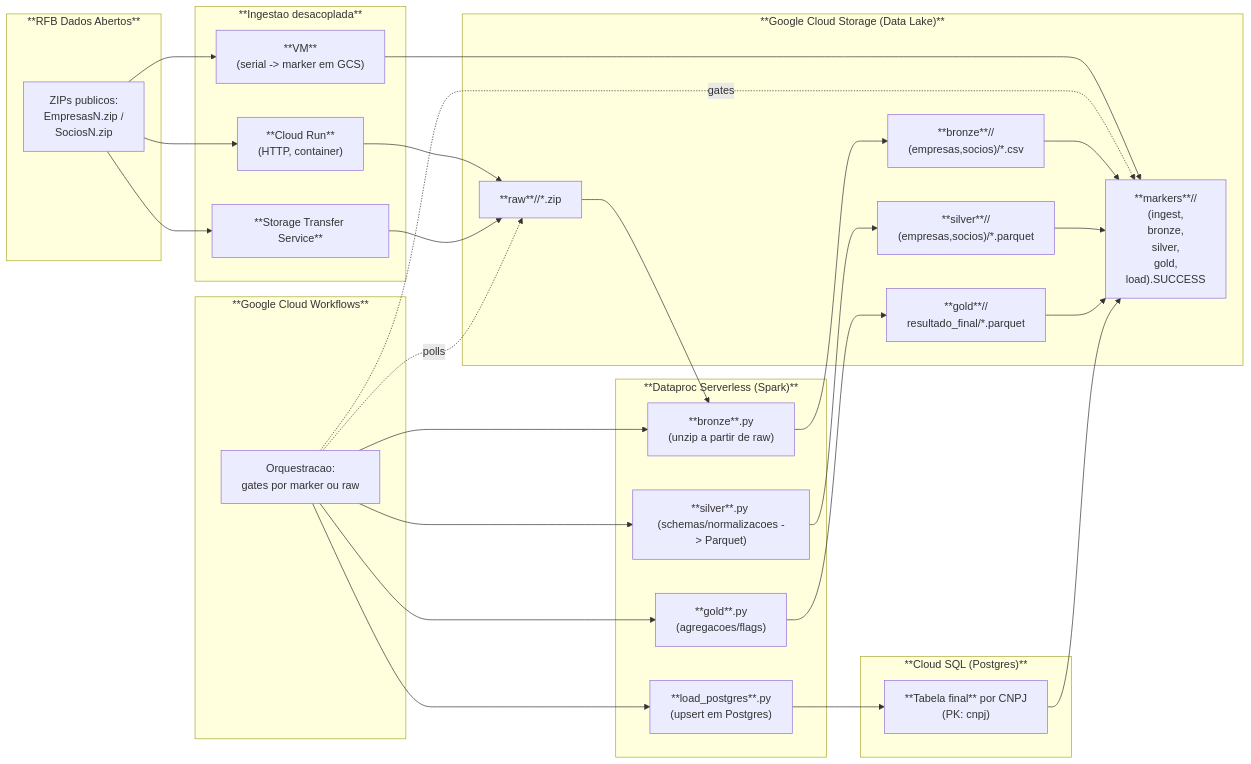
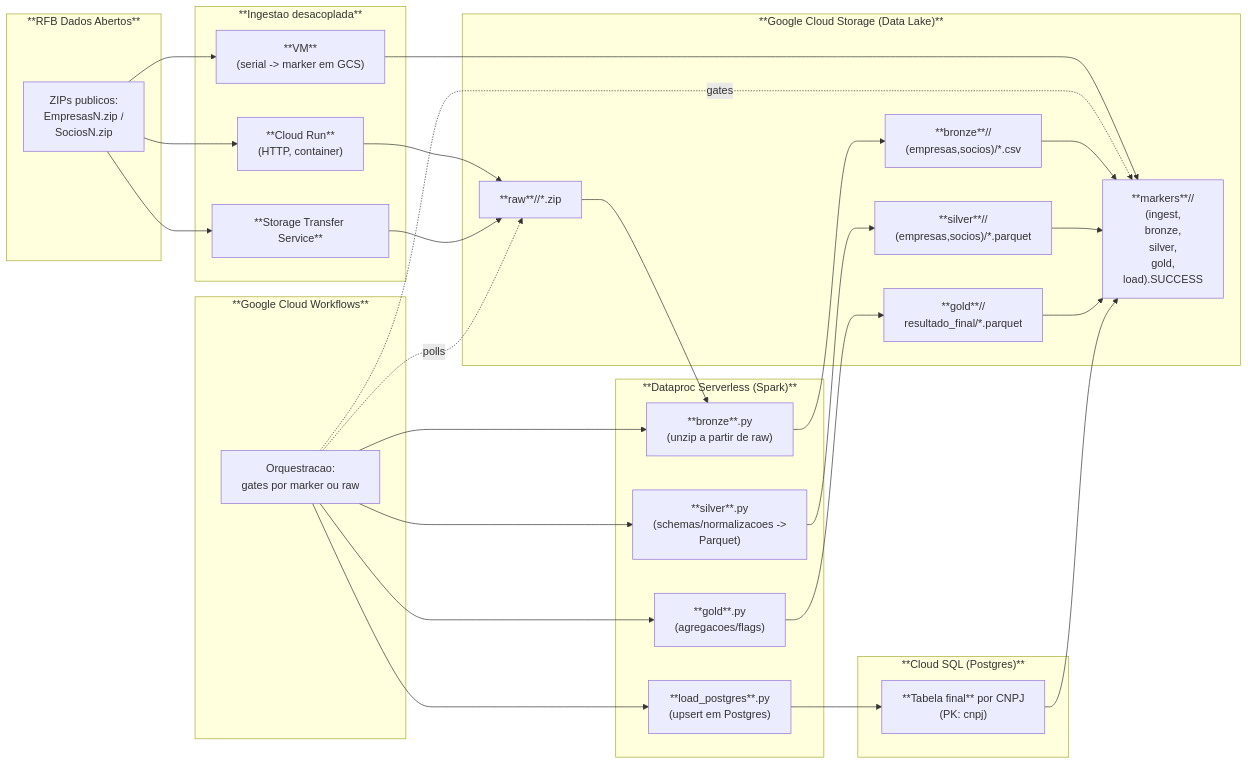
The diagram in README.md (jaquerando/case_stone), drawn with Mermaid before and after one commit.

````diff
--- a/README.md
+++ b/README.md
@@ -48,63 +48,63 @@
 ```mermaid
 flowchart LR
 
   %% === SOURCES ===
   subgraph SRC["**RFB Dados Abertos**"]
     s1["ZIPs publicos:<br/> EmpresasN.zip / <br/>SociosN.zip"]
   end
 
   %% === INGEST ===
   subgraph ING["**Ingestao desacoplada**"]
     A["**Cloud Run** <br/>(HTTP, container)"]
     B["**Storage Transfer Service**"]
     C["**VM** <br/>(serial -> marker em GCS)"]
   end
 
   %% === STORAGE ===
   subgraph GCS["**Google Cloud Storage (Data Lake)**"]
     raw["**raw**/<run_id>/*.zip"]
     brz["**bronze**/<run_id>/<br/>(empresas,socios)/*.csv"]
     slv["**silver**/<run_id>/<br/>(empresas,socios)/*.parquet"]
     gld["**gold**/<run_id>/<br/>resultado_final/*.parquet"]
     mrk["**markers**/<run_id>/<br/>(ingest,<br/>bronze,<br/>silver,<br/>gold,<br/>load).SUCCESS"]
   end
 
   %% === WORKFLOWS ===
   subgraph WF["**Google Cloud Workflows**"]
     wf1["Orquestracao: <br/>gates por marker ou raw"]
   end
 
   %% === SPARK ===
   subgraph DP["**Dataproc Serverless (Spark)**"]
     p1["**bronze**.py <br/>(unzip a partir de raw)"]
-    p2["**silver**.py <br/>(schemas/normalizacoes -> Parquet)"]
+    p2["**silver**.py <br/>(schemas/normalizacoes -> <br/>Parquet)"]
     p3["**gold**.py <br/>(agregacoes/flags)"]
     p4["**load_postgres**.py <br/>(upsert em Postgres)"]
   end
 
   %% === DB ===
   subgraph SQL["**Cloud SQL (Postgres)**"]
     tbl["**Tabela final** por CNPJ <br/>(PK: cnpj)"]
   end
 
   %% === FLUXOS DE DADOS ===
   s1 --> A
   s1 --> B
   s1 --> C
 
   A --> raw
   B --> raw
   C --> mrk
 
   %% join: bronze consome raw; workflows vigia raw/marker
   raw --> p1
   wf1 -. polls .-> raw
   wf1 -. gates .-> mrk
 
   %% pipeline medallion
   wf1 --> p1 --> brz --> mrk
   wf1 --> p2 --> slv --> mrk
   wf1 --> p3 --> gld --> mrk
   wf1 --> p4 --> tbl --> mrk
 
 ```
````
